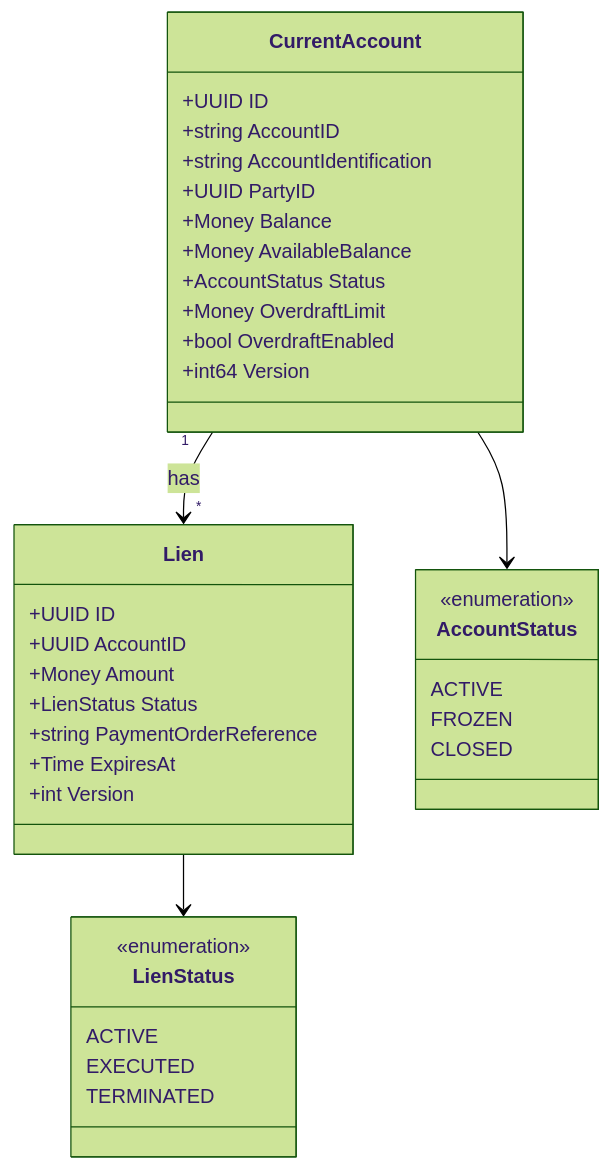
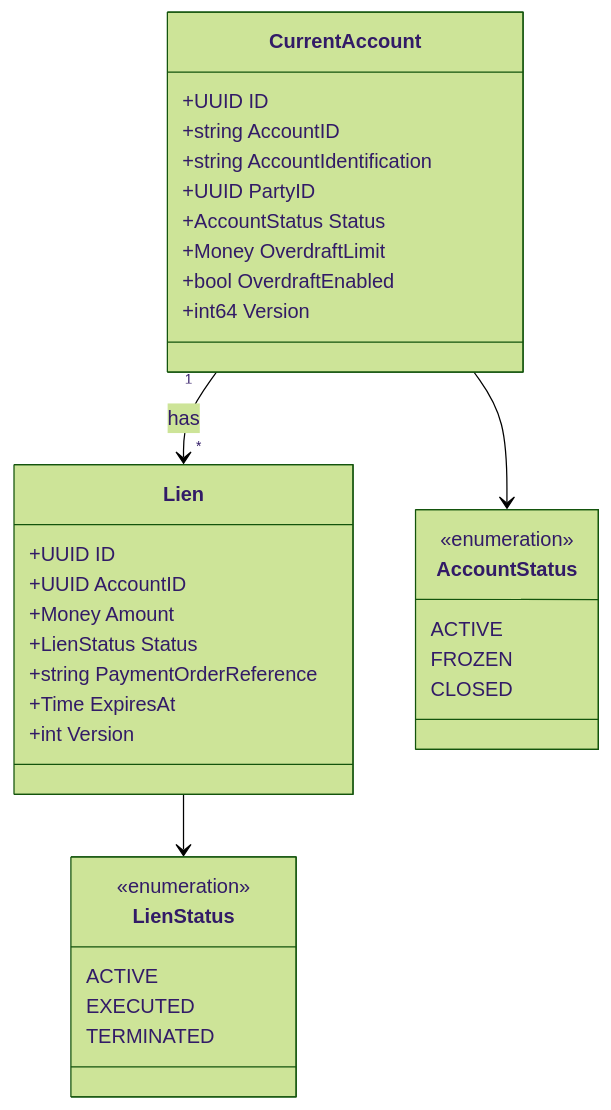
Before and after one commit to meridianhub/meridian: the first of 3 diagrams in services/current-account/README.md, drawn with Mermaid (forest theme). The commit also changed other lines of this file and 6 other files, not shown here.

First line of the commit message:
docs: update architecture documentation for balance delegation to Position Keeping

````diff
--- a/services/current-account/README.md
+++ b/services/current-account/README.md
@@ -63,43 +70,41 @@
 ```mermaid
 classDiagram
     class CurrentAccount {
         +UUID ID
         +string AccountID
         +string AccountIdentification
         +UUID PartyID
-        +Money Balance
-        +Money AvailableBalance
         +AccountStatus Status
         +Money OverdraftLimit
         +bool OverdraftEnabled
         +int64 Version
     }
 
     class Lien {
         +UUID ID
         +UUID AccountID
         +Money Amount
         +LienStatus Status
         +string PaymentOrderReference
         +Time ExpiresAt
         +int Version
     }
 
     class AccountStatus {
         <<enumeration>>
         ACTIVE
         FROZEN
         CLOSED
     }
 
     class LienStatus {
         <<enumeration>>
         ACTIVE
         EXECUTED
         TERMINATED
     }
 
     CurrentAccount "1" --> "*" Lien : has
     CurrentAccount --> AccountStatus
     Lien --> LienStatus
 ```
````
